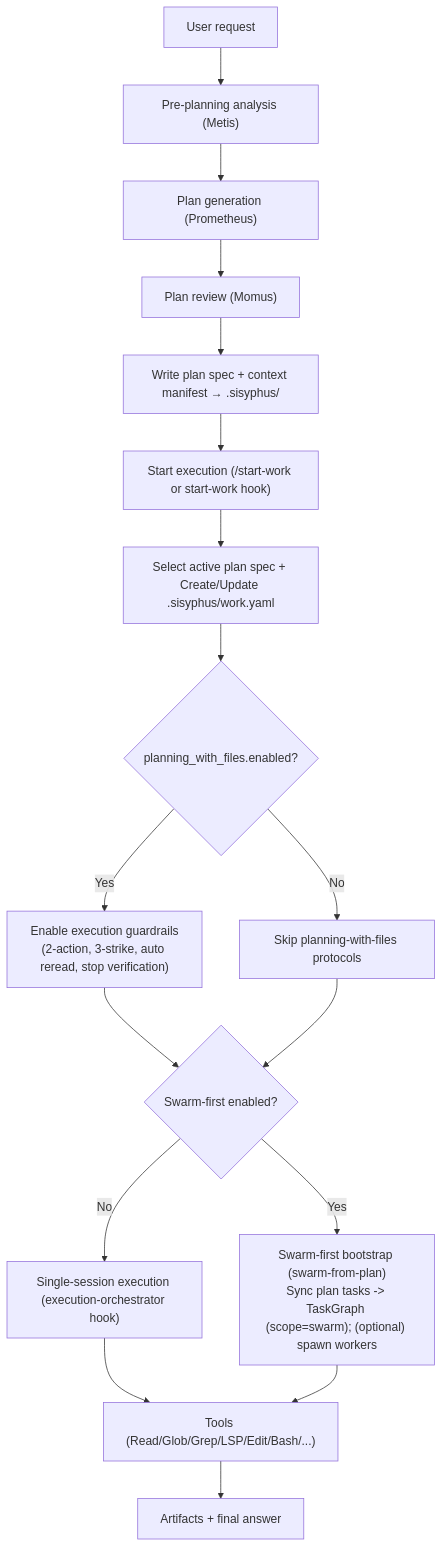
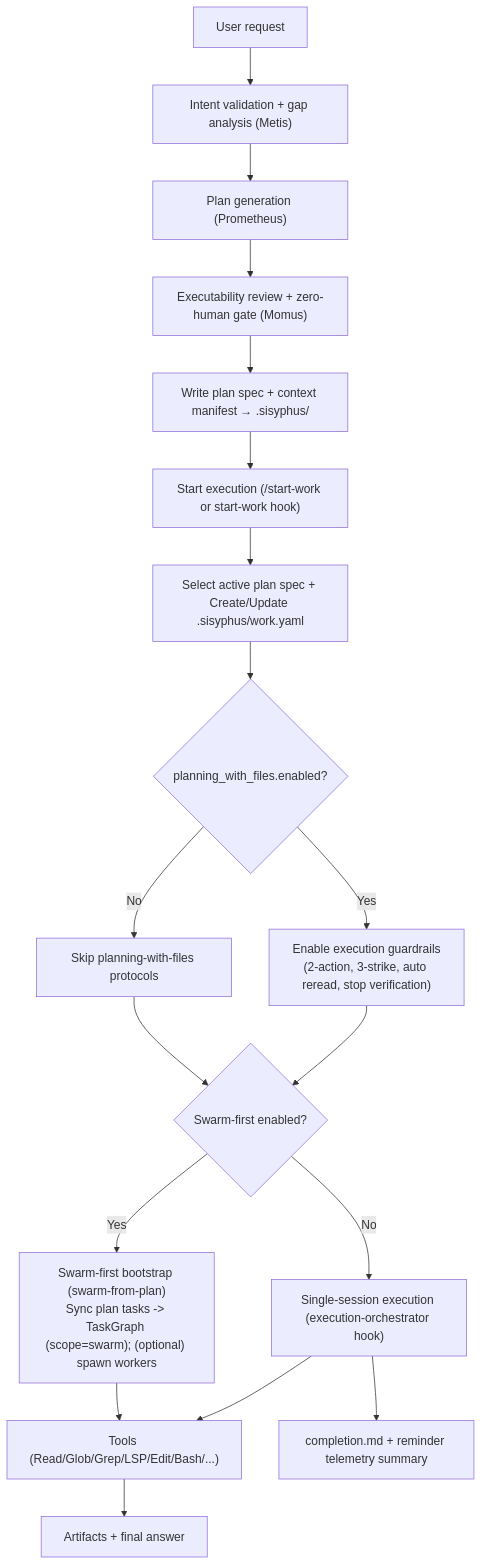
One commit to arcthur/oh-my-opencode changed the diagram in docs/journeys/planning-to-execution.md. Above: the diagram before and after it, drawn with Mermaid. The commit also changed 21 other files, not shown here.

````diff
--- a/docs/journeys/planning-to-execution.md
+++ b/docs/journeys/planning-to-execution.md
@@ -10,23 +10,24 @@
 ```mermaid
 flowchart TD
-  U["User request"] --> MT["Pre-planning analysis (Metis)"]
+  U["User request"] --> MT["Intent validation + gap analysis (Metis)"]
   MT --> PG["Plan generation (Prometheus)"]
-  PG --> MO["Plan review (Momus)"]
+  PG --> MO["Executability review + zero-human gate (Momus)"]
 
   MO --> ART["Write plan spec + context manifest → .sisyphus/"]
   ART --> SW["Start execution (/start-work or start-work hook)"]
   SW --> MIG["Select active plan spec + Create/Update .sisyphus/work.yaml"]
 
   MIG --> PWF{"planning_with_files.enabled?"}
   PWF -->|Yes| PWFY["Enable execution guardrails\n(2-action, 3-strike, auto reread, stop verification)"]
   PWF -->|No| PWFN["Skip planning-with-files protocols"]
 
   PWFY --> MODE{"Swarm-first enabled?"}
   PWFN --> MODE
   MODE -->|No| AT["Single-session execution (execution-orchestrator hook)"]
   MODE -->|Yes| SF["Swarm-first bootstrap (swarm-from-plan)\nSync plan tasks -> TaskGraph (scope=swarm); (optional) spawn workers"]
 
   AT --> TOOL["Tools (Read/Glob/Grep/LSP/Edit/Bash/...)"]
   SF --> TOOL
   TOOL --> OUT["Artifacts + final answer"]
+  AT --> COMP["completion.md + reminder telemetry summary"]
 ```
````
